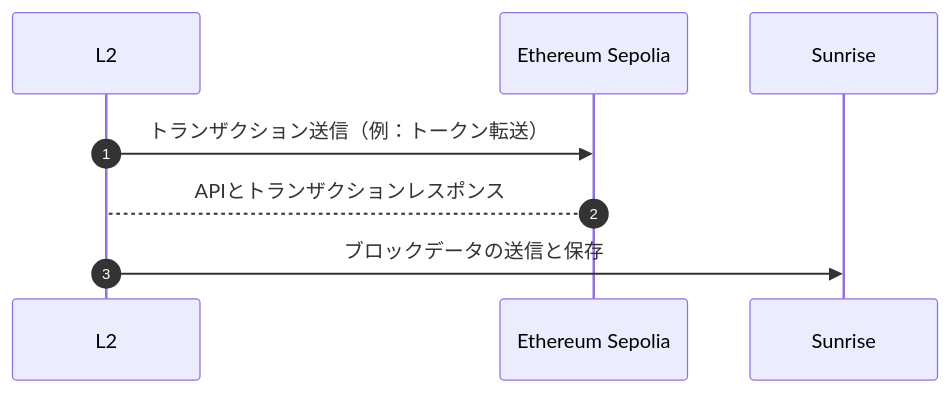
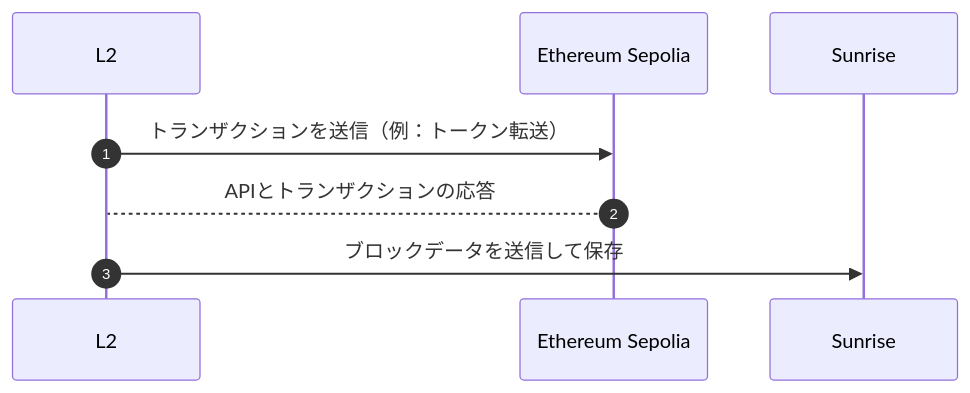
Before and after one commit to sunriselayer/gitbook: the diagram in ja/build/l2-blockchains/optimism/op-stack.md, drawn with Mermaid. The commit also changed other lines of this file and 106 other files, not shown here.

````diff
--- a/ja/build/l2-blockchains/optimism/op-stack.md
+++ b/ja/build/l2-blockchains/optimism/op-stack.md
@@ -16,7 +14,7 @@
 ```mermaid
 sequenceDiagram
    autonumber
-   L2 ->> Ethereum Sepolia: トランザクション送信（例：トークン転送）
-   Ethereum Sepolia --> L2: APIとトランザクションレスポンス
-   L2 ->> Sunrise: ブロックデータの送信と保存
+   L2 ->> Ethereum Sepolia: トランザクションを送信（例：トークン転送）
+   Ethereum Sepolia --> L2: APIとトランザクションの応答
+   L2 ->> Sunrise: ブロックデータを送信して保存
 ```
````
